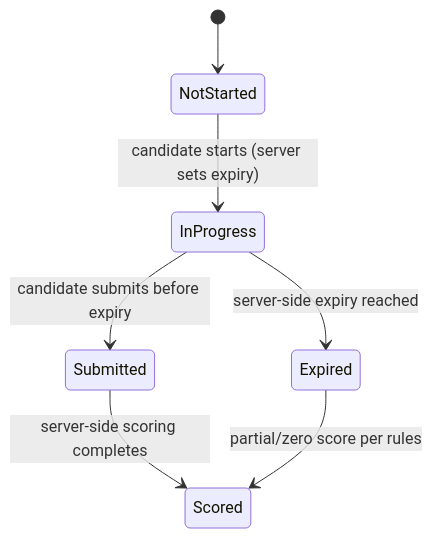
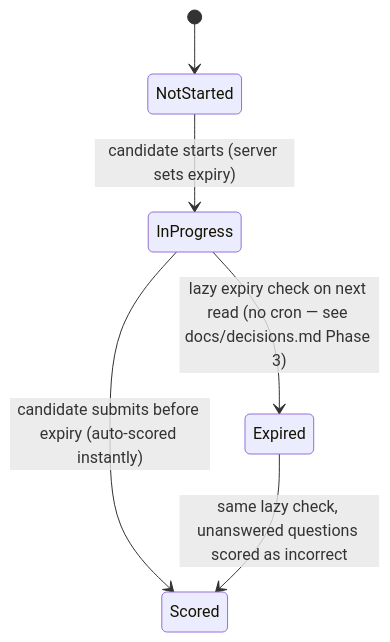
The third of 3 diagrams in docs/state-machines.md (vaibhavpetkar/inveontechnologies-website), drawn with Mermaid before and after one commit. The commit also changed other lines of this file and 11 other files, not shown here.

````diff
--- a/docs/state-machines.md
+++ b/docs/state-machines.md
@@ -35,9 +45,8 @@
 ```mermaid
 stateDiagram-v2
     [*] --> NotStarted
     NotStarted --> InProgress: candidate starts (server sets expiry)
-    InProgress --> Submitted: candidate submits before expiry
-    InProgress --> Expired: server-side expiry reached
-    Submitted --> Scored: server-side scoring completes
-    Expired --> Scored: partial/zero score per rules
+    InProgress --> Scored: candidate submits before expiry (auto-scored instantly)
+    InProgress --> Expired: lazy expiry check on next read (no cron — see docs/decisions.md Phase 3)
+    Expired --> Scored: same lazy check, unanswered questions scored as incorrect
 ```
````
